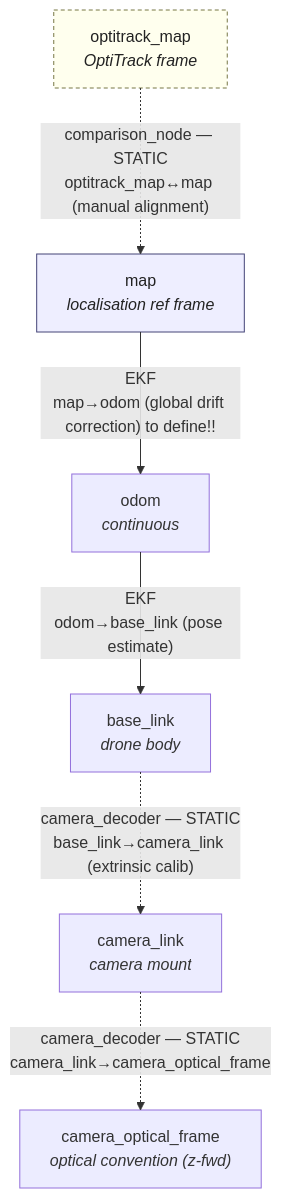
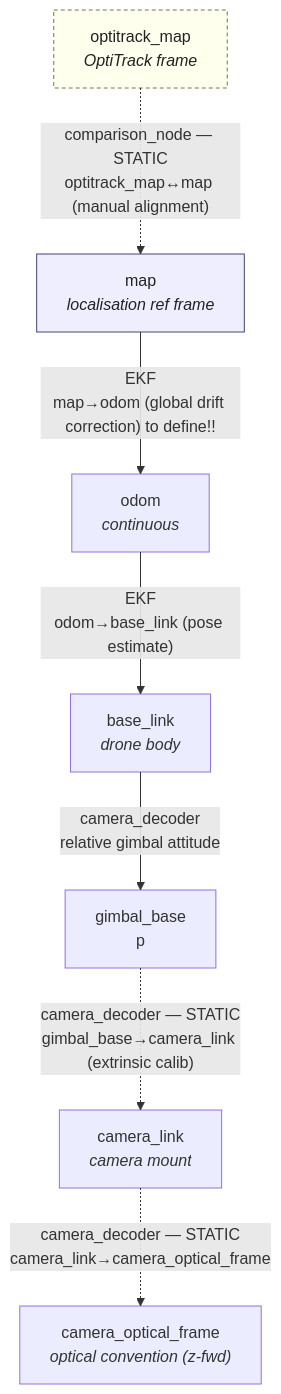
Before and after one commit to cristhianpoveda/path_planning_aerial_inspection: the diagram in docs/tf_tree.mmd, drawn with Mermaid. The commit also changed 2 other files, not shown here.

Commit message:
docs: updated for relative altitude and gimbal links

```diff
--- a/docs/tf_tree.mmd
+++ b/docs/tf_tree.mmd
@@ -1,27 +1,29 @@
 ---
 config:
   layout: elk
 ---
 
 flowchart TD
 
     MAP["map<br/><i>localisation ref frame</i>"]
     ODOM["odom<br/><i>continuous</i>"]
     BASE["base_link<br/><i>drone body</i>"]
+    GIMBAL["gimbal_base<br/>p"]
     CAM["camera_link<br/><i>camera mount</i>"]
     CAMOPT["camera_optical_frame<br/><i>optical convention (z-fwd)</i>"]
 
     %% dynamic transforms (localisation)
     MAP -->|"EKF<br/>map&rarr;odom (global drift correction) to define!!"| ODOM
     ODOM -->|"EKF<br/>odom&rarr;base_link (pose estimate)"| BASE
+    BASE -->|"camera_decoder<br/>relative gimbal attitude"| GIMBAL
 
     %% static transforms
-    BASE -.->|"camera_decoder — STATIC<br/>base_link&rarr;camera_link (extrinsic calib)"| CAM
+    GIMBAL -.->|"camera_decoder — STATIC<br/>gimbal_base&rarr;camera_link (extrinsic calib)"| CAM
     CAM -.->|"camera_decoder — STATIC<br/>camera_link&rarr;camera_optical_frame"| CAMOPT
 
     %% EVALUATION
     MOCAP["optitrack_map<br/><i>OptiTrack frame</i>"]
     MOCAP -.->|"comparison_node — STATIC<br/>optitrack_map&harr;map (manual alignment)"| MAP
 
     style MAP fill:#eef,stroke:#447,color:#222
     style MOCAP fill:#ffe,stroke:#774,color:#222,stroke-dasharray:4 3
```
